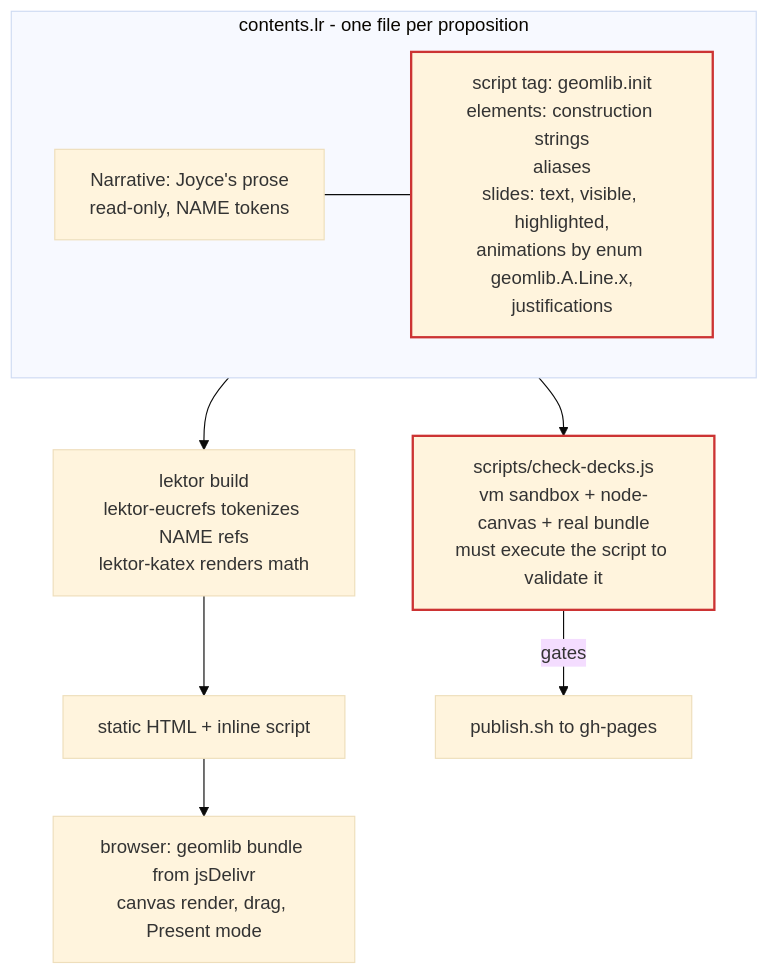
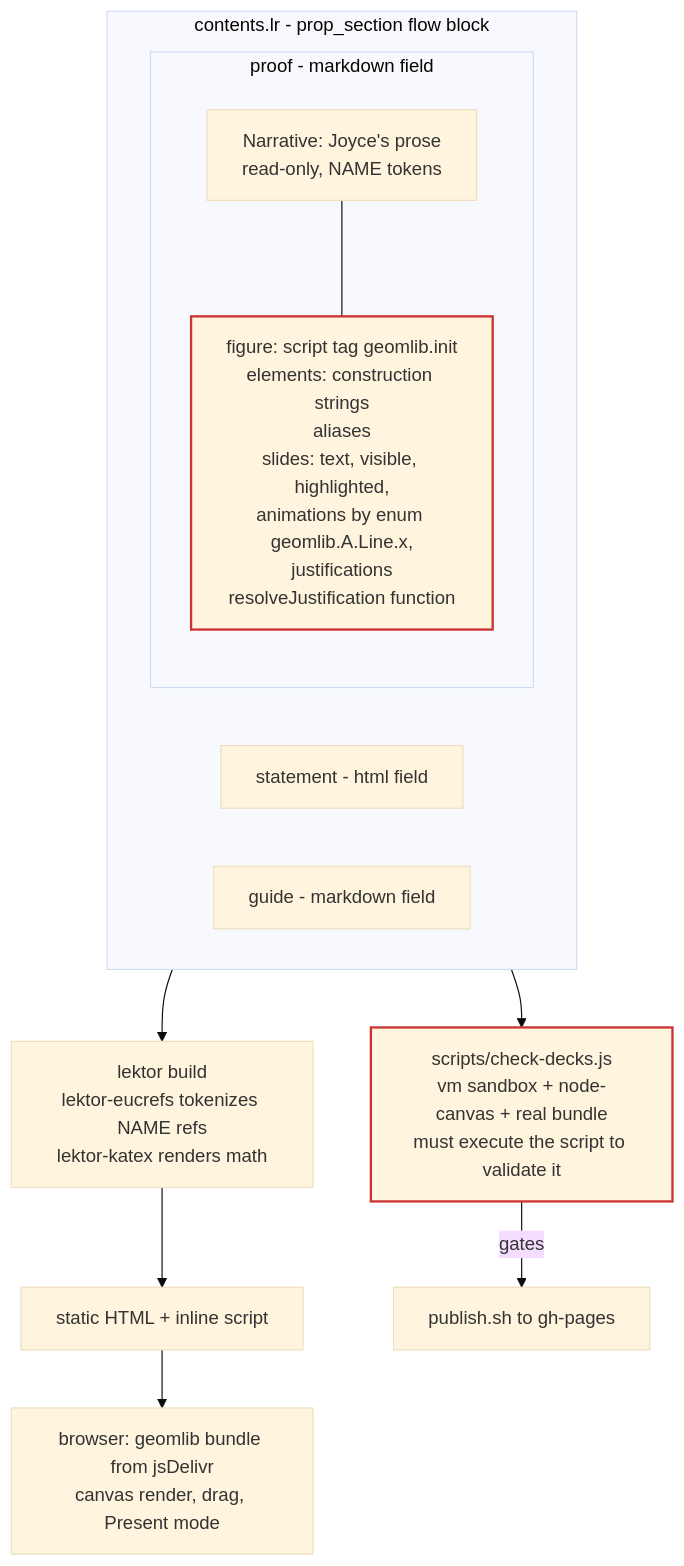
The second of 5 diagrams in docs/architecture.md (imkarrer/preservation-workbench), drawn with Mermaid (base theme) before and after one commit. The commit also changed other lines of this file and 4 other files, not shown here.

Commit message:
Reframe ADR 0002 after research: authoring discipline for the 403 remaining decks, not an architecture proposal; plan + diagrams updated; research notes for geomlib internals and lektor pipeline

````diff
--- a/docs/architecture.md
+++ b/docs/architecture.md
@@ -30,15 +30,19 @@
 ```mermaid
 flowchart TB
-    subgraph PAGE[contents.lr - one file per proposition]
-        PROSE[Narrative: Joyce's prose<br/>read-only, NAME tokens]
-        SCRIPT[script tag: geomlib.init<br/>elements: construction strings<br/>aliases<br/>slides: text, visible, highlighted,<br/>animations by enum geomlib.A.Line.x,<br/>justifications]
+    subgraph PAGE[contents.lr - prop_section flow block]
+        ST[statement - html field]
+        subgraph PROOF[proof - markdown field]
+            PROSE[Narrative: Joyce's prose<br/>read-only, NAME tokens]
+            SCRIPT[figure: script tag geomlib.init<br/>elements: construction strings<br/>aliases<br/>slides: text, visible, highlighted,<br/>animations by enum geomlib.A.Line.x,<br/>justifications<br/>resolveJustification function]
+        end
+        GU[guide - markdown field]
     end
     PROSE --- SCRIPT
     PAGE --> BUILD[lektor build<br/>lektor-eucrefs tokenizes NAME refs<br/>lektor-katex renders math]
     BUILD --> HTML[static HTML + inline script]
     HTML --> BROWSER[browser: geomlib bundle from jsDelivr<br/>canvas render, drag, Present mode]
     PAGE --> CHECK[scripts/check-decks.js<br/>vm sandbox + node-canvas + real bundle<br/>must execute the script to validate it]
     CHECK -->|gates| PUB[publish.sh to gh-pages]
     style SCRIPT stroke:#c33,stroke-width:2px
     style CHECK stroke:#c33,stroke-width:2px
 ```
````
